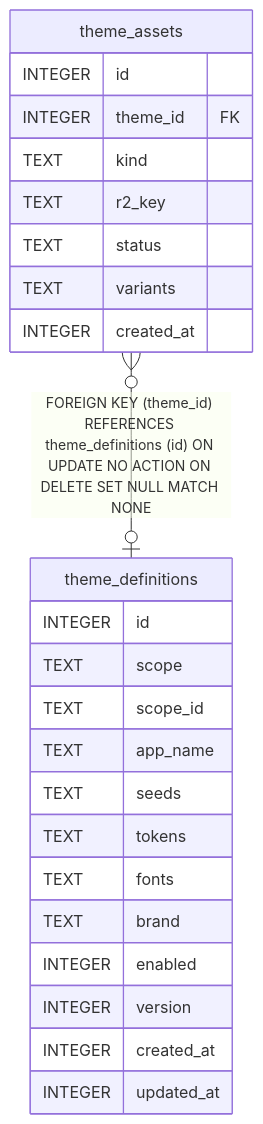
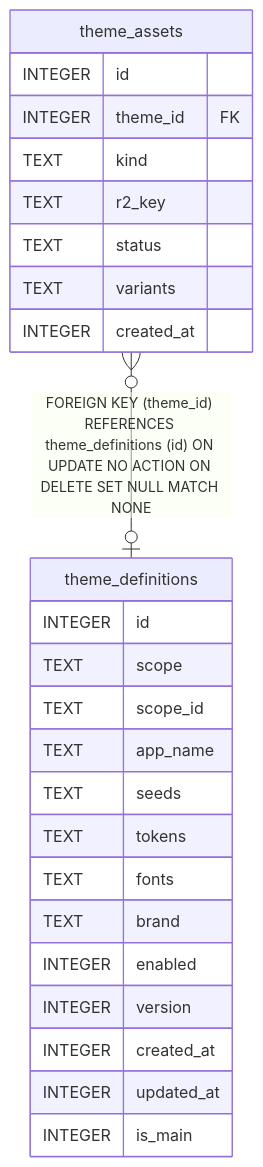
Before and after one commit to ktbhealth/docs: the diagram in content/docs/pt-BR/developers/plugins/theme/reference/schema.mmd, drawn with Mermaid. The commit also changed 59 other files, not shown here.

Commit message:
docs(erd): fonts, rich-text, schemas domains + theme is_main (product feat/theme-main)

```diff
--- a/content/docs/pt-BR/developers/plugins/theme/reference/schema.mmd
+++ b/content/docs/pt-BR/developers/plugins/theme/reference/schema.mmd
@@ -1,27 +1,28 @@
 erDiagram
 
 "theme_assets" }o--o| "theme_definitions" : "FOREIGN KEY (theme_id) REFERENCES theme_definitions (id) ON UPDATE NO ACTION ON DELETE SET NULL MATCH NONE"
 
 "theme_assets" {
   INTEGER id
   INTEGER theme_id FK
   TEXT kind
   TEXT r2_key
   TEXT status
   TEXT variants
   INTEGER created_at
 }
 "theme_definitions" {
   INTEGER id
   TEXT scope
   TEXT scope_id
   TEXT app_name
   TEXT seeds
   TEXT tokens
   TEXT fonts
   TEXT brand
   INTEGER enabled
   INTEGER version
   INTEGER created_at
   INTEGER updated_at
+  INTEGER is_main
 }
```
